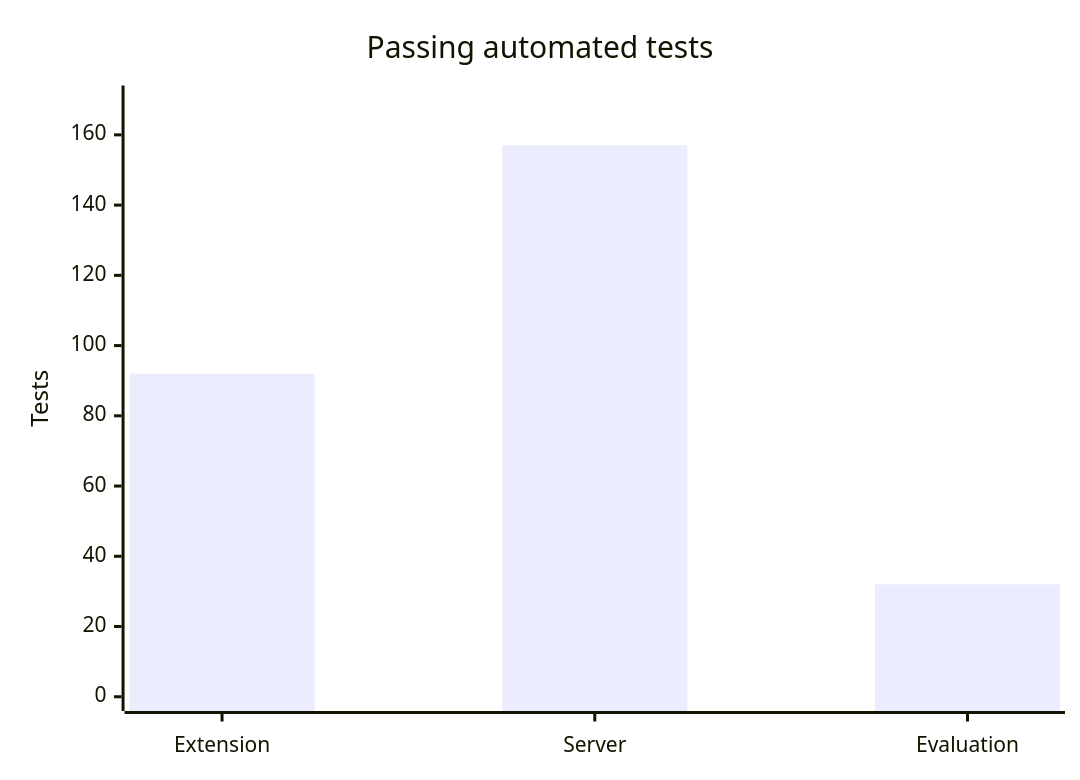
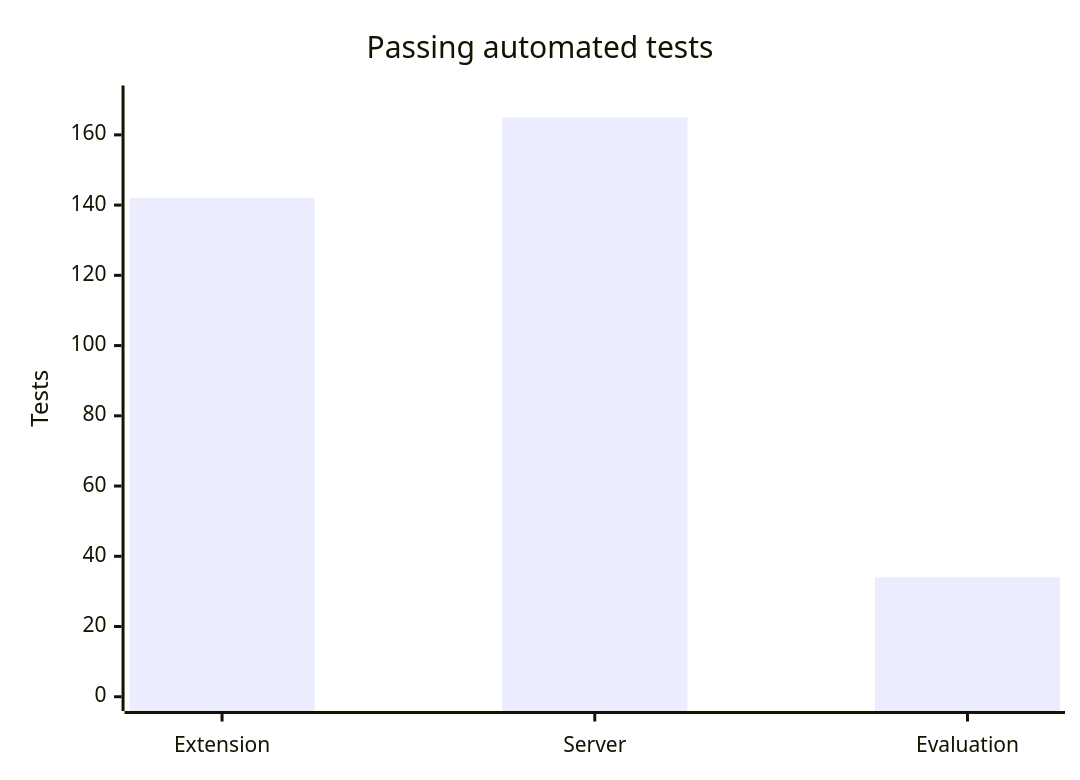
One commit to Rohinth-S/NAYAN changed the second of 3 diagrams in VALIDATION_REPORT.md. Above: the diagram before and after it, drawn with Mermaid. The commit also changed other lines of this file and 2 other files, not shown here.

````diff
--- a/VALIDATION_REPORT.md
+++ b/VALIDATION_REPORT.md
@@ -50,7 +50,7 @@
 ```mermaid
 xychart-beta
     title "Passing automated tests"
     x-axis ["Extension", "Server", "Evaluation"]
     y-axis "Tests" 0 --> 170
-    bar [92, 157, 32]
+    bar [142, 165, 34]
 ```
````
